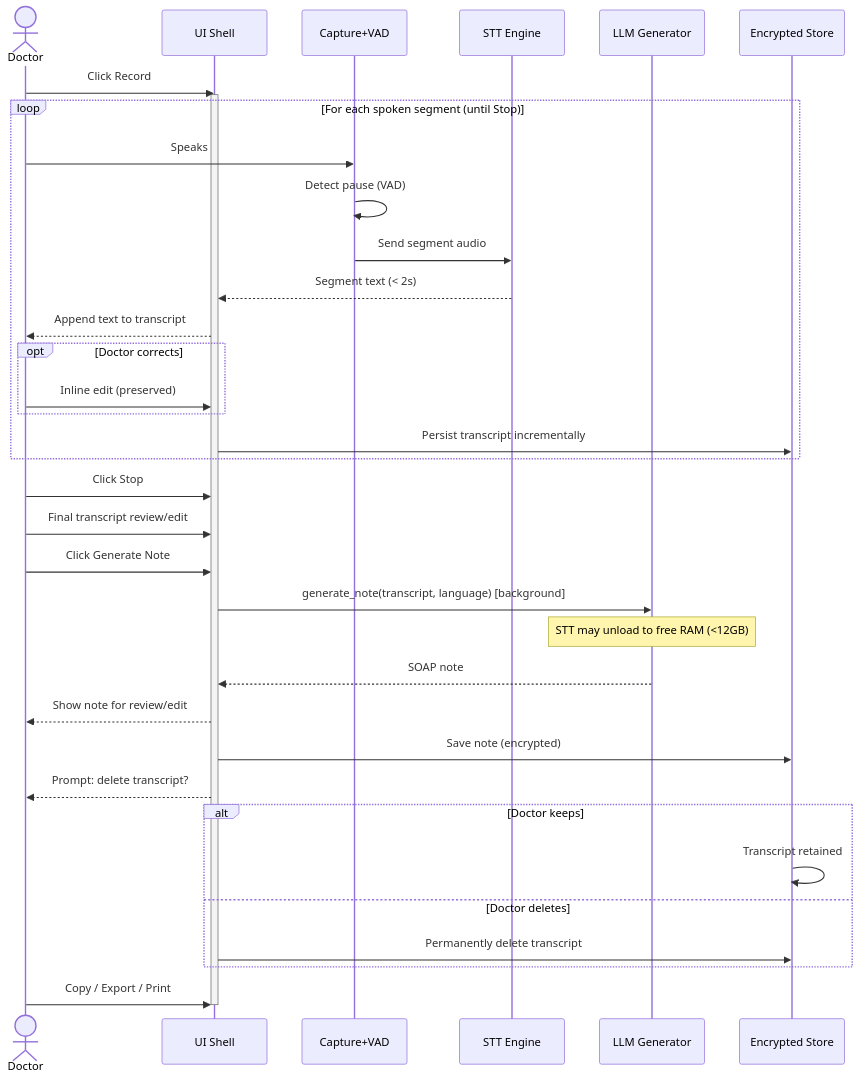
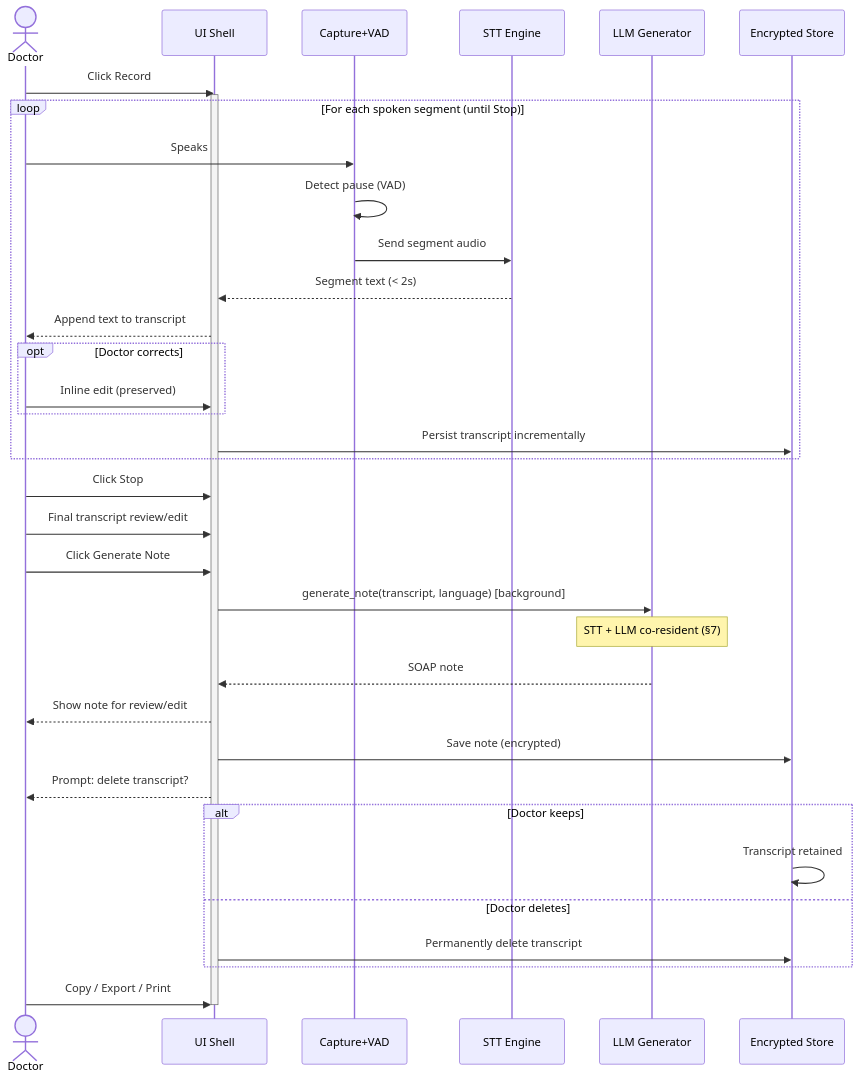
One commit to Vishnu373/asmart-medical-scribe changed the third of 4 diagrams in docs/design.md. Above: the diagram before and after it, drawn with Mermaid. The commit also changed other lines of this file and 17 other files, not shown here.

````diff
--- a/docs/design.md
+++ b/docs/design.md
@@ -184,39 +184,39 @@
 ```mermaid
 sequenceDiagram
     actor Dr as Doctor
     participant UI as UI Shell
     participant Cap as Capture+VAD
     participant ASR as STT Engine
     participant LLM as LLM Generator
     participant DB as Encrypted Store
 
     Dr->>UI: Click Record
     activate UI
     loop For each spoken segment (until Stop)
         Dr->>Cap: Speaks
         Cap->>Cap: Detect pause (VAD)
         Cap->>ASR: Send segment audio
         ASR-->>UI: Segment text (< 2s)
         UI-->>Dr: Append text to transcript
         opt Doctor corrects
             Dr->>UI: Inline edit (preserved)
         end
         UI->>DB: Persist transcript incrementally
     end
     Dr->>UI: Click Stop
     Dr->>UI: Final transcript review/edit
     Dr->>UI: Click Generate Note
     UI->>LLM: generate_note(transcript, language) [background]
-    Note over LLM: STT may unload to free RAM (<12GB)
+    Note over LLM: STT + LLM co-resident (§7)
     LLM-->>UI: SOAP note
     UI-->>Dr: Show note for review/edit
     UI->>DB: Save note (encrypted)
     UI-->>Dr: Prompt: delete transcript?
     alt Doctor keeps
         DB->>DB: Transcript retained
     else Doctor deletes
         UI->>DB: Permanently delete transcript
     end
     Dr->>UI: Copy / Export / Print
     deactivate UI
 ```
````
